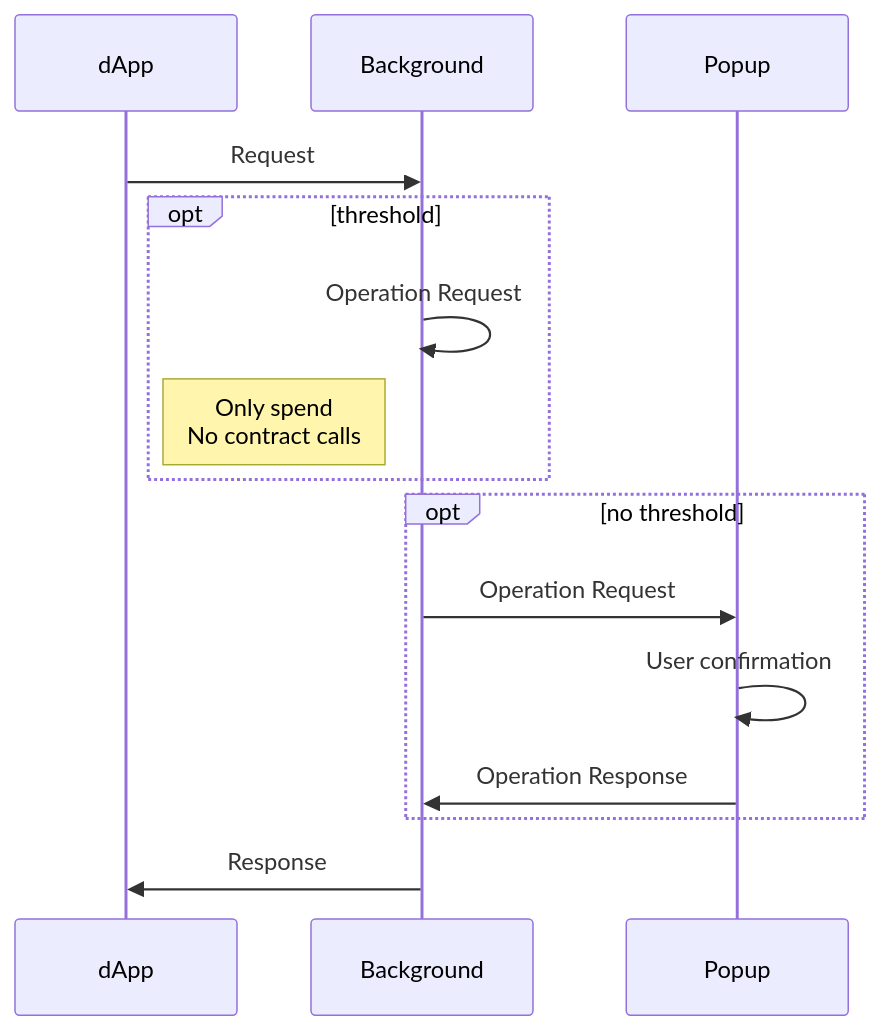
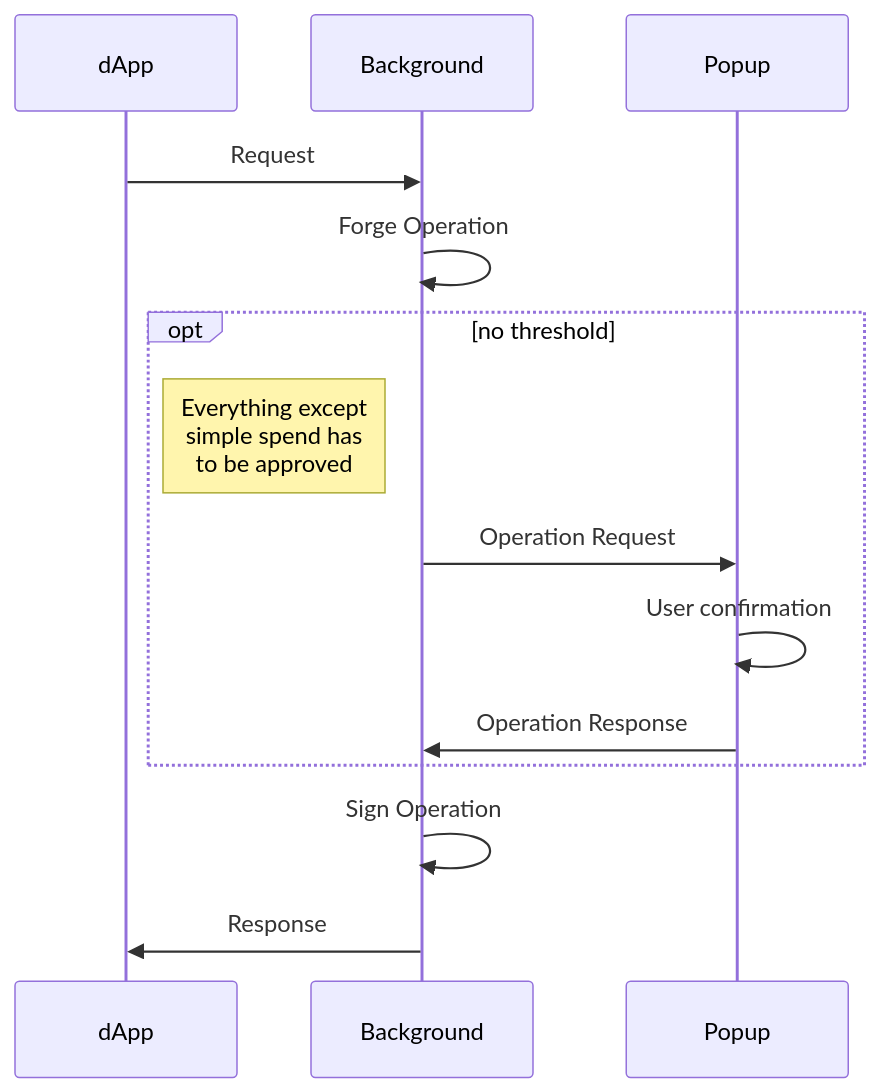
One commit to airgap-it/beacon-sdk changed the third of 5 diagrams in flows/LocalMnemonic.md. Above: the diagram before and after it, drawn with Mermaid. The commit also changed other lines of this file and 3 other files, not shown here.

Commit message:
feat(flows): update flows

````diff
--- a/flows/LocalMnemonic.md
+++ b/flows/LocalMnemonic.md
@@ -31,14 +29,15 @@
 ```mermaid
 sequenceDiagram
     dApp->>Background: Request
-    opt threshold
-        Background->>Background: Operation Request
-        Note left of Background: Only spend<br/>No contract calls
-    end
+        Background->>Background: Forge Operation
     opt no threshold
+        Note left of Background: Everything except<br/>simple spend has<br/>to be approved
         Background->>Popup: Operation Request
         Popup->>Popup: User confirmation
         Popup->>Background: Operation Response
     end
+
+    Background->>Background: Sign Operation
+
     Background->>dApp: Response
 ```
````
